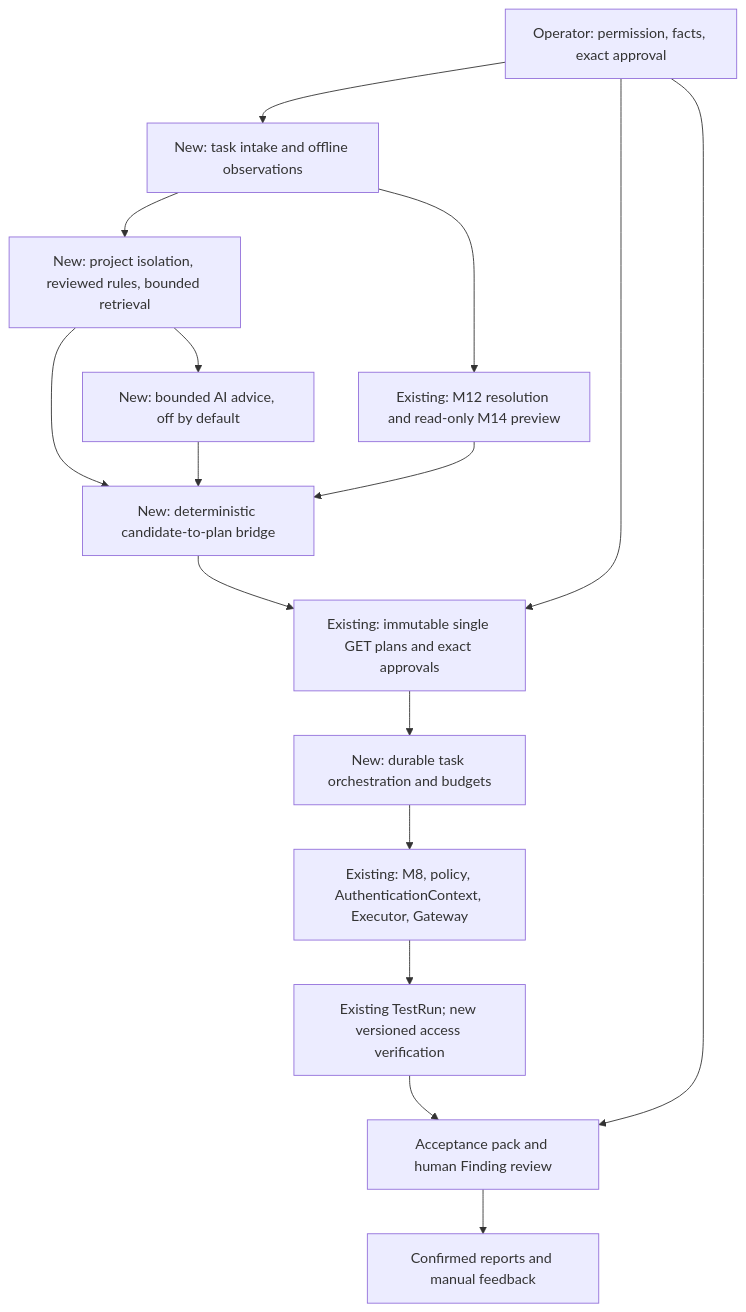
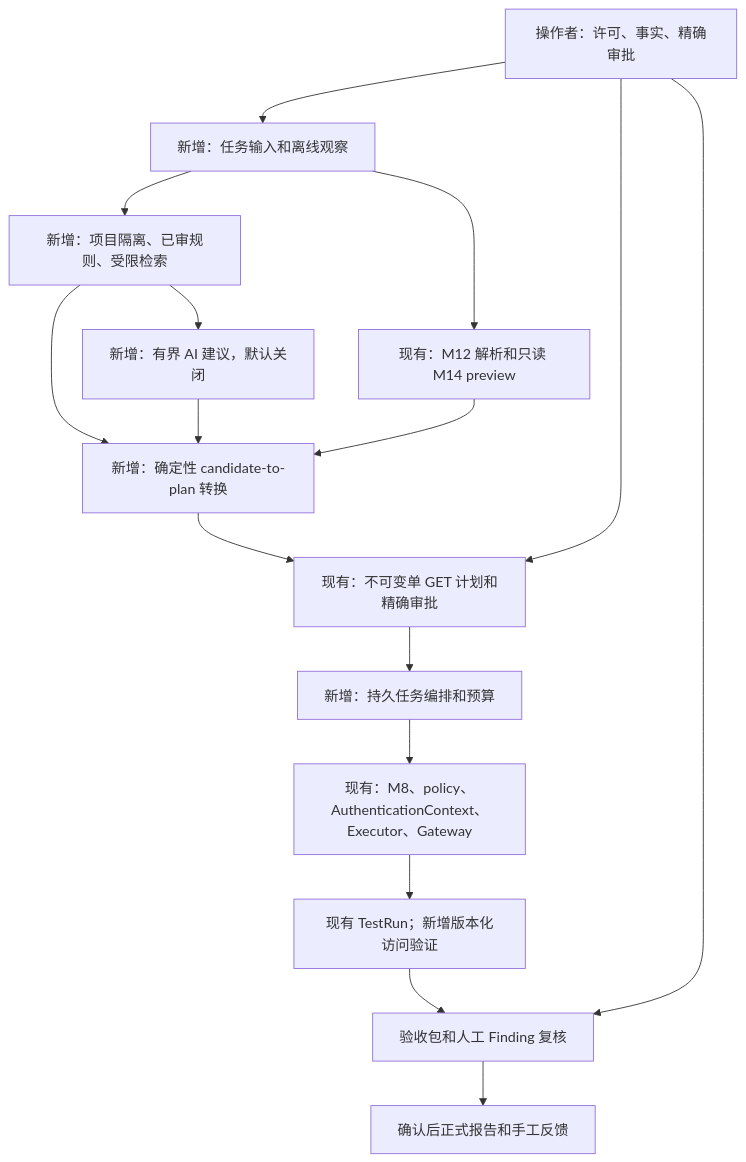
Before and after one commit to runyiy/ai-api-security-platform: the diagram in docs/research-assistant-roadmap.md, drawn with Mermaid. The commit also changed other lines of this file, not shown here.

Commit message:
docs: align research assistant plan with Chinese contract

````diff
--- a/docs/research-assistant-roadmap.md
+++ b/docs/research-assistant-roadmap.md
@@ -82,18 +82,18 @@
 ```mermaid
 flowchart TD
-    O[Operator: permission, facts, exact approval] --> I[New: task intake and offline observations]
-    I --> K[New: project isolation, reviewed rules, bounded retrieval]
-    I --> M[Existing: M12 resolution and read-only M14 preview]
-    K --> B[New: deterministic candidate-to-plan bridge]
+    O[操作者：许可、事实、精确审批] --> I[新增：任务输入和离线观察]
+    I --> K[新增：项目隔离、已审规则、受限检索]
+    I --> M[现有：M12 解析和只读 M14 preview]
+    K --> B[新增：确定性 candidate-to-plan 转换]
     M --> B
-    K --> A[New: bounded AI advice, off by default]
+    K --> A[新增：有界 AI 建议，默认关闭]
     A --> B
-    B --> P[Existing: immutable single GET plans and exact approvals]
+    B --> P[现有：不可变单 GET 计划和精确审批]
     O --> P
-    P --> T[New: durable task orchestration and budgets]
-    T --> E[Existing: M8, policy, AuthenticationContext, Executor, Gateway]
-    E --> R[Existing TestRun; new versioned access verification]
-    R --> V[Acceptance pack and human Finding review]
+    P --> T[新增：持久任务编排和预算]
+    T --> E[现有：M8、policy、AuthenticationContext、Executor、Gateway]
+    E --> R[现有 TestRun；新增版本化访问验证]
+    R --> V[验收包和人工 Finding 复核]
     O --> V
-    V --> F[Confirmed reports and manual feedback]
+    V --> F[确认后正式报告和手工反馈]
 ```
````
